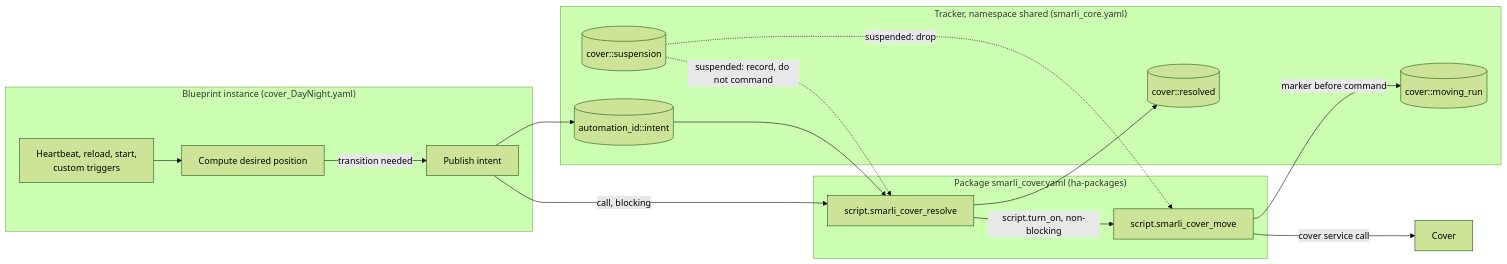
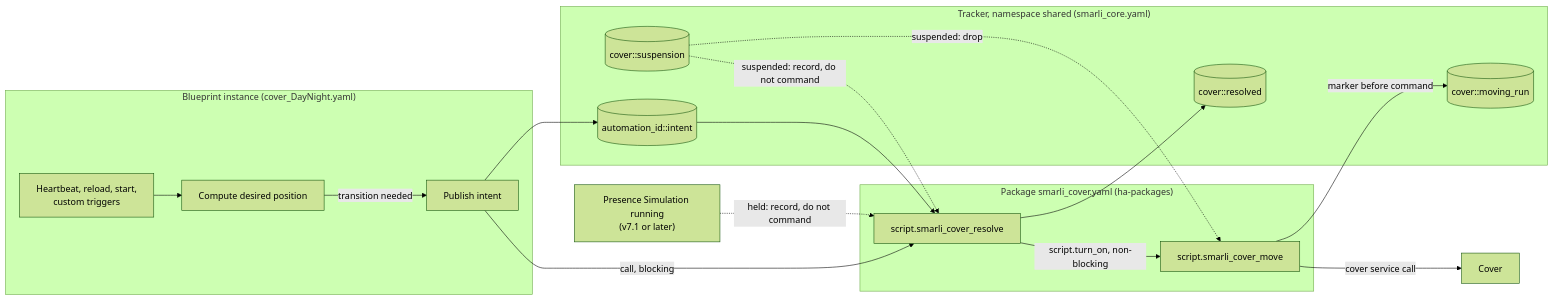
One commit to smarli-AG/smarli-blueprints changed the first of 2 diagrams in docs/cover-architecture.md. Above: the diagram before and after it, drawn with Mermaid (forest theme). The commit also changed other lines of this file, not shown here.

Commit message:
docs: resolver holds covers of a running Presence Simulation (v7.1+)

````diff
--- a/docs/cover-architecture.md
+++ b/docs/cover-architecture.md
@@ -15,26 +15,27 @@
 ```mermaid
 flowchart LR
   subgraph BP["Blueprint instance (cover_DayNight.yaml)"]
     TRG["Heartbeat, reload, start,<br/>custom triggers"] --> EVAL["Compute desired position"]
     EVAL -->|"transition needed"| PUB["Publish intent"]
   end
   subgraph PKG["Package smarli_cover.yaml (ha-packages)"]
     RES["script.smarli_cover_resolve"]
     MOVE["script.smarli_cover_move"]
   end
   subgraph TR["Tracker, namespace shared (smarli_core.yaml)"]
     K_INT[("automation_id::intent")]
     K_RES[("cover::resolved")]
     K_MOV[("cover::moving_run")]
     K_SUS[("cover::suspension")]
   end
   PUB --> K_INT
   PUB -->|"call, blocking"| RES
   K_INT --> RES
   K_SUS -.->|"suspended: record, do not command"| RES
+  SIM["Presence Simulation running<br/>(v7.1 or later)"] -.->|"held: record, do not command"| RES
   RES --> K_RES
   RES -->|"script.turn_on, non-blocking"| MOVE
   K_SUS -.->|"suspended: drop"| MOVE
   MOVE -->|"marker before command"| K_MOV
   MOVE -->|"cover service call"| COVER["Cover"]
 ```
````
